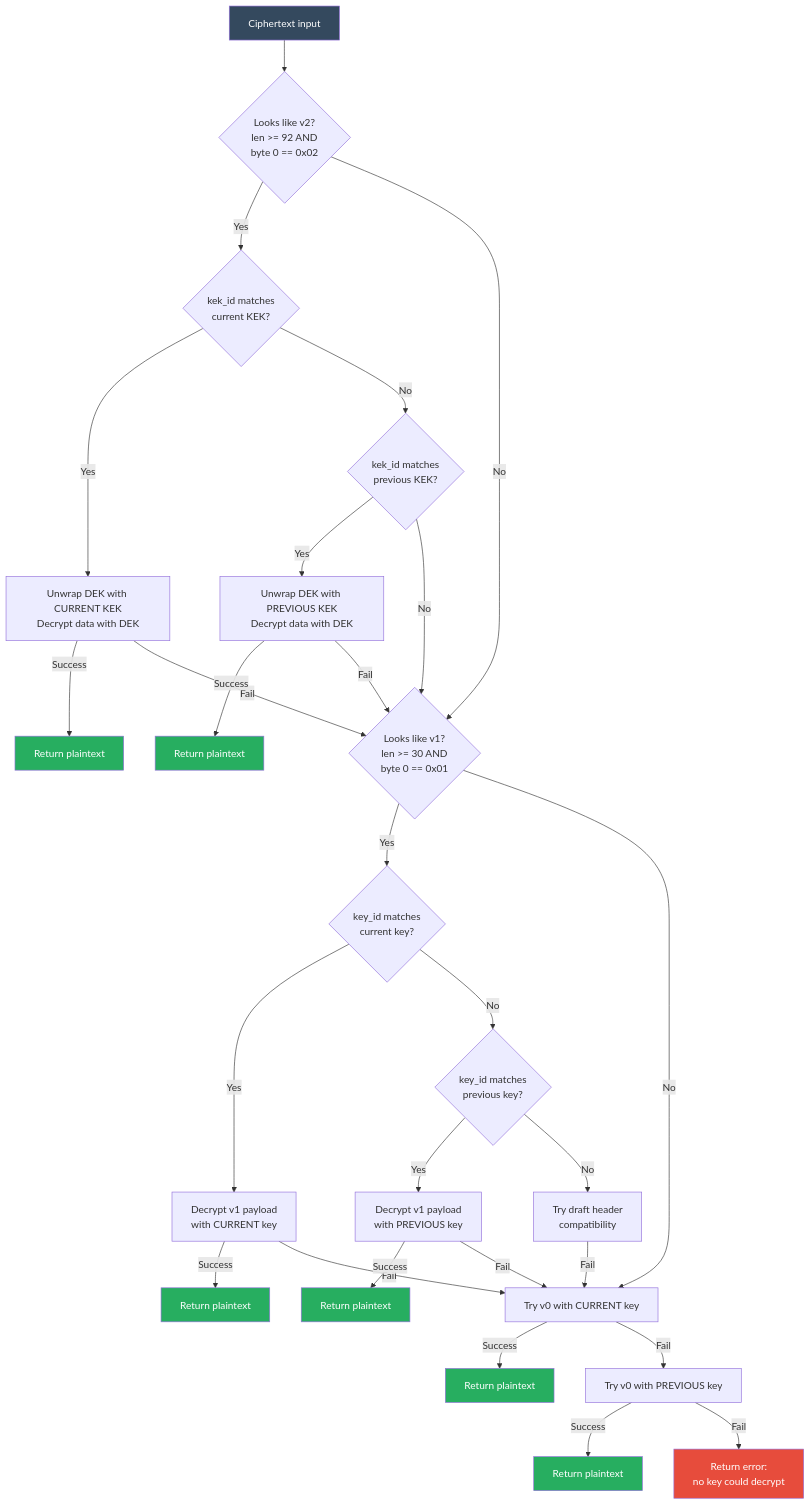
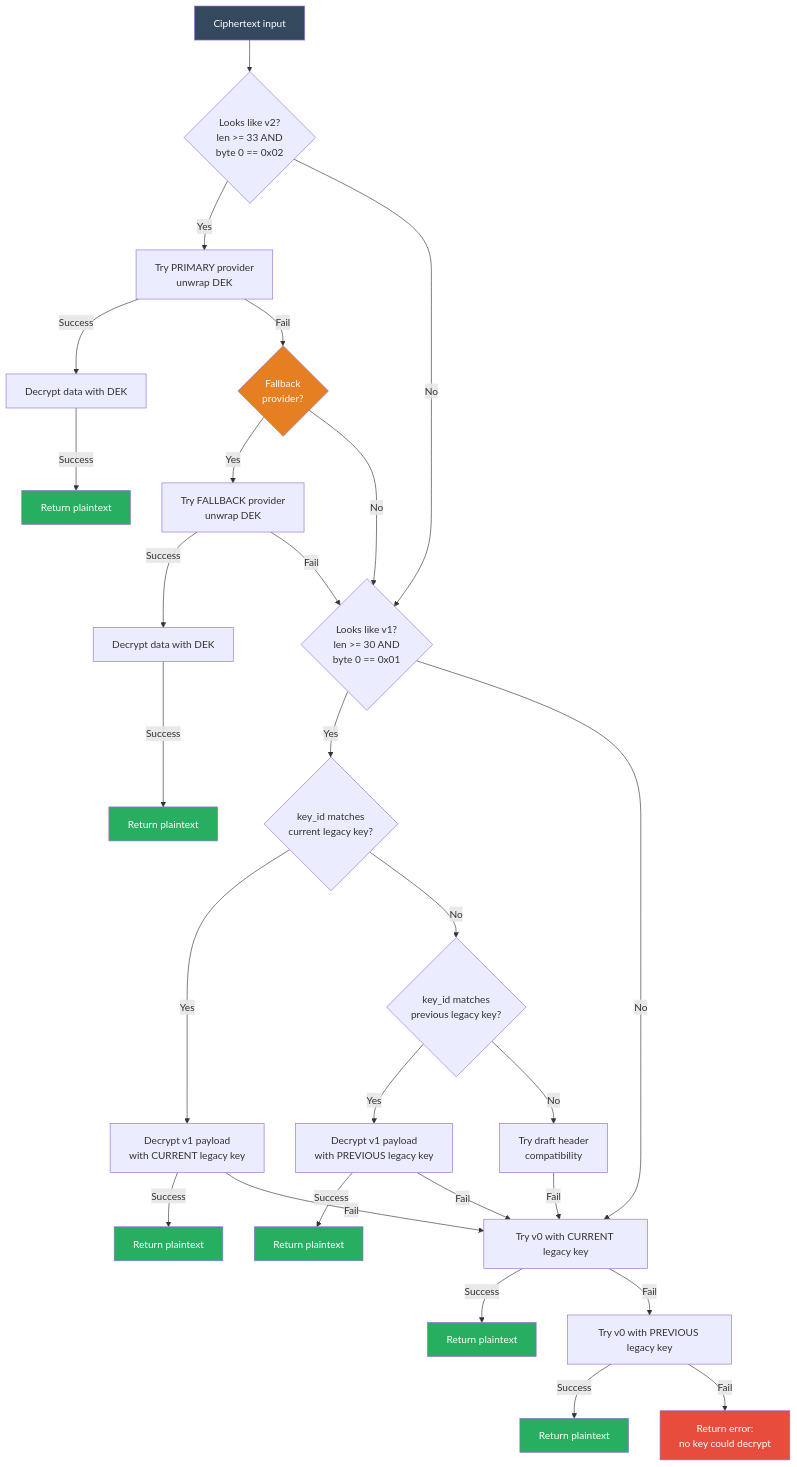
The second of 31 diagrams in docs/ENCRYPTION_ARCHITECTURE.md (ChronoAIProject/NyxID), drawn with Mermaid before and after one commit. The commit also changed other lines of this file and 26 other files, not shown here.

````diff
--- a/docs/ENCRYPTION_ARCHITECTURE.md
+++ b/docs/ENCRYPTION_ARCHITECTURE.md
@@ -80,51 +87,53 @@
 ```mermaid
 flowchart TD
-    A[Ciphertext input] --> V2{Looks like v2?<br/>len >= 92 AND<br/>byte 0 == 0x02}
+    A[Ciphertext input] --> V2{Looks like v2?<br/>len >= 33 AND<br/>byte 0 == 0x02}
 
-    V2 -->|Yes| V2K{kek_id matches<br/>current KEK?}
+    V2 -->|Yes| V2K[Try PRIMARY provider<br/>unwrap DEK]
     V2 -->|No| B
 
-    V2K -->|Yes| V2D[Unwrap DEK with CURRENT KEK<br/>Decrypt data with DEK]
-    V2K -->|No| V2P{kek_id matches<br/>previous KEK?}
+    V2K -->|Success| V2D[Decrypt data with DEK]
+    V2K -->|Fail| V2F{Fallback<br/>provider?}
 
     V2D -->|Success| R0[Return plaintext]
-    V2D -->|Fail| B
 
-    V2P -->|Yes| V2PD[Unwrap DEK with PREVIOUS KEK<br/>Decrypt data with DEK]
-    V2P -->|No| B
+    V2F -->|Yes| V2FD[Try FALLBACK provider<br/>unwrap DEK]
+    V2F -->|No| B
 
-    V2PD -->|Success| R0B[Return plaintext]
-    V2PD -->|Fail| B
+    V2FD -->|Success| V2FDD[Decrypt data with DEK]
+    V2FD -->|Fail| B
 
-    B{Looks like v1?<br/>len >= 30 AND<br/>byte 0 == 0x01} -->|Yes| C{key_id matches<br/>current key?}
+    V2FDD -->|Success| R0F[Return plaintext]
+
+    B{Looks like v1?<br/>len >= 30 AND<br/>byte 0 == 0x01} -->|Yes| C{key_id matches<br/>current legacy key?}
     B -->|No| G
 
-    C -->|Yes| D[Decrypt v1 payload<br/>with CURRENT key]
-    C -->|No| E{key_id matches<br/>previous key?}
+    C -->|Yes| D[Decrypt v1 payload<br/>with CURRENT legacy key]
+    C -->|No| E{key_id matches<br/>previous legacy key?}
 
     D -->|Success| R1[Return plaintext]
     D -->|Fail| G
 
-    E -->|Yes| F[Decrypt v1 payload<br/>with PREVIOUS key]
+    E -->|Yes| F[Decrypt v1 payload<br/>with PREVIOUS legacy key]
     E -->|No| DC[Try draft header<br/>compatibility]
 
     F -->|Success| R2[Return plaintext]
     F -->|Fail| G
 
     DC -->|Fail| G
 
-    G[Try v0 with CURRENT key] -->|Success| R3[Return plaintext]
+    G[Try v0 with CURRENT legacy key] -->|Success| R3[Return plaintext]
     G -->|Fail| H
 
-    H[Try v0 with PREVIOUS key] -->|Success| R4[Return plaintext]
+    H[Try v0 with PREVIOUS legacy key] -->|Success| R4[Return plaintext]
     H -->|Fail| ERR[Return error:<br/>no key could decrypt]
 
     style A fill:#34495e,color:#fff
     style R0 fill:#27ae60,color:#fff
-    style R0B fill:#27ae60,color:#fff
+    style R0F fill:#27ae60,color:#fff
     style R1 fill:#27ae60,color:#fff
     style R2 fill:#27ae60,color:#fff
     style R3 fill:#27ae60,color:#fff
     style R4 fill:#27ae60,color:#fff
     style ERR fill:#e74c3c,color:#fff
+    style V2F fill:#e67e22,color:#fff
 ```
````
